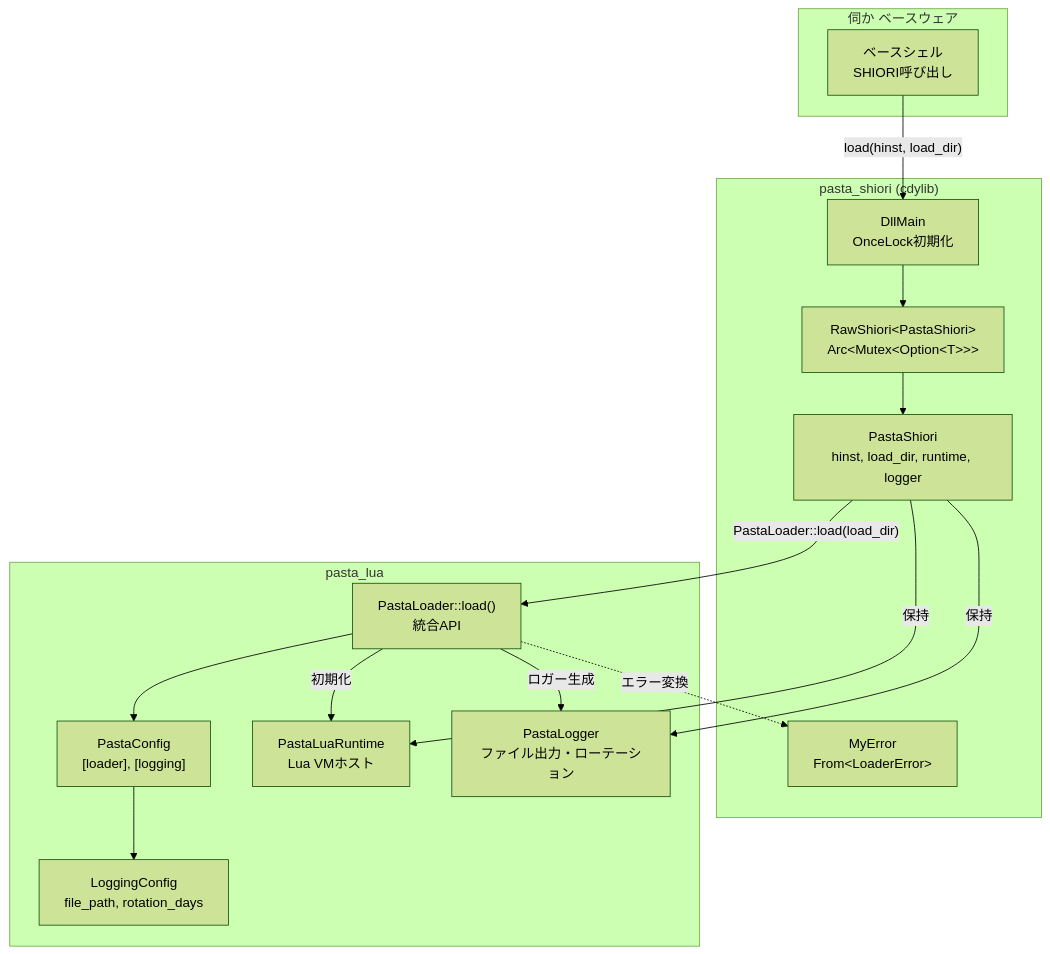
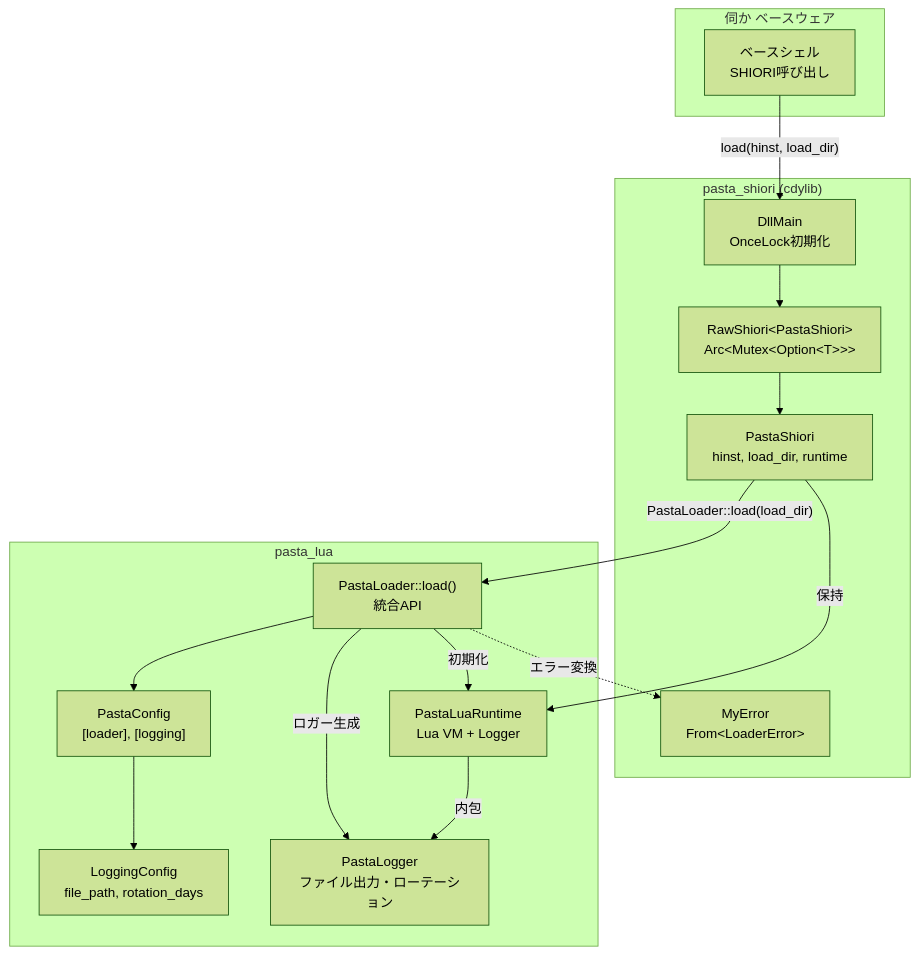
One commit to ekicyou/pasta changed the first of 2 diagrams in .kiro/specs/pasta-shiori-load-implementation/design.md. Above: the diagram before and after it, drawn with Mermaid (forest theme). The commit also changed other lines of this file, not shown here.

First line of the commit message:
refactor(spec): encapsulate PastaLogger in PastaLuaRuntime

````diff
--- a/.kiro/specs/pasta-shiori-load-implementation/design.md
+++ b/.kiro/specs/pasta-shiori-load-implementation/design.md
@@ -39,33 +39,33 @@
 ```mermaid
 graph TB
     subgraph pasta_shiori["pasta_shiori (cdylib)"]
         DllMain["DllMain<br/>OnceLock初期化"]
         RawShiori["RawShiori&lt;PastaShiori&gt;<br/>Arc&lt;Mutex&lt;Option&lt;T&gt;&gt;&gt;"]
-        PastaShiori["PastaShiori<br/>hinst, load_dir, runtime, logger"]
+        PastaShiori["PastaShiori<br/>hinst, load_dir, runtime"]
         MyError["MyError<br/>From&lt;LoaderError&gt;"]
     end
 
     subgraph pasta_lua["pasta_lua"]
         PastaLoader["PastaLoader::load()<br/>統合API"]
         PastaConfig["PastaConfig<br/>[loader], [logging]"]
         LoggingConfig["LoggingConfig<br/>file_path, rotation_days"]
-        PastaLuaRuntime["PastaLuaRuntime<br/>Lua VMホスト"]
+        PastaLuaRuntime["PastaLuaRuntime<br/>Lua VM + Logger"]
         PastaLogger["PastaLogger<br/>ファイル出力・ローテーション"]
     end
 
     subgraph ukagaka["伺か ベースウェア"]
         Shell["ベースシェル<br/>SHIORI呼び出し"]
     end
 
     Shell -->|"load(hinst, load_dir)"| DllMain
     DllMain --> RawShiori
     RawShiori --> PastaShiori
     PastaShiori -->|"PastaLoader::load(load_dir)"| PastaLoader
     PastaLoader --> PastaConfig
     PastaConfig --> LoggingConfig
     PastaLoader -->|"初期化"| PastaLuaRuntime
     PastaLoader -->|"ロガー生成"| PastaLogger
     PastaLoader -.->|"エラー変換"| MyError
     PastaShiori -->|"保持"| PastaLuaRuntime
-    PastaShiori -->|"保持"| PastaLogger
+    PastaLuaRuntime -->|"内包"| PastaLogger
 ```
````
